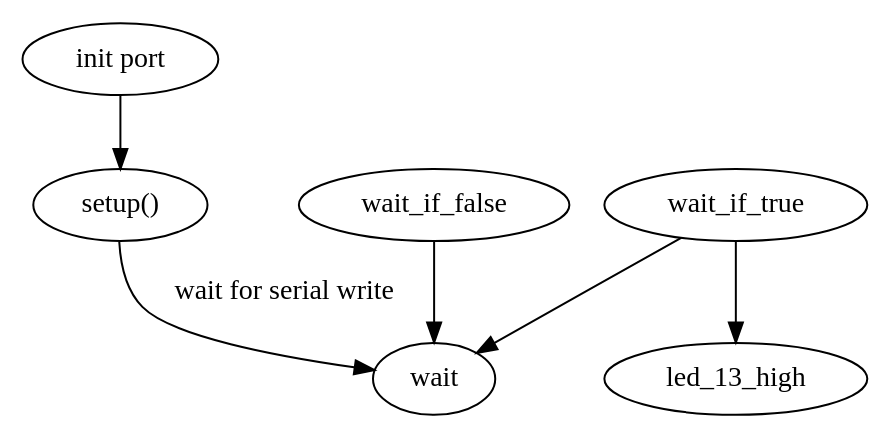
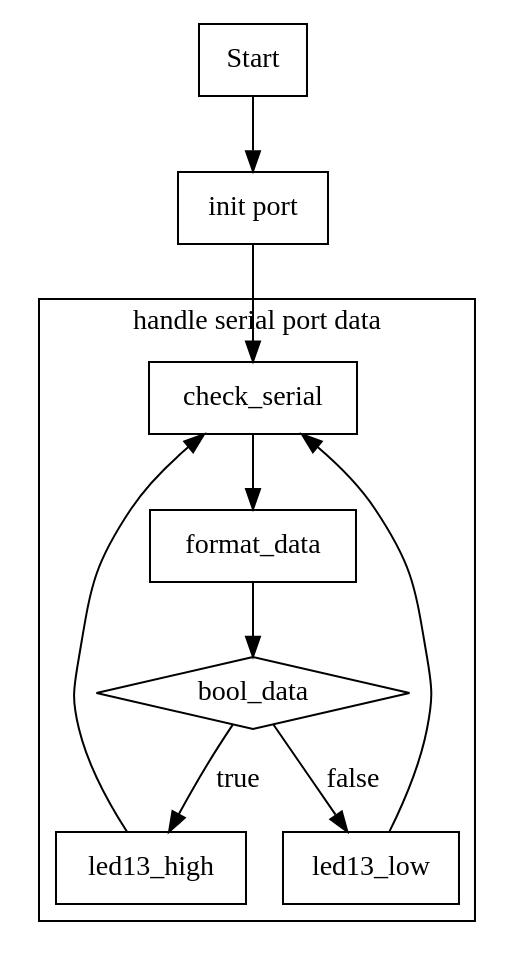
One commit to phodal/thesis changed the diagram in dot/arduino.dot. Above: the diagram before and after it, drawn with Graphviz. The commit also changed 4 other files, not shown here.

```diff
--- a/dot/arduino.dot
+++ b/dot/arduino.dot
@@ -1,8 +1,16 @@
 digraph G{
-        init[label="init port"];
-        init->"setup()";
-        "setup()"->wait[label="wait for serial write"];
-        wait_if_true->wait;
-        wait_if_false->wait;
-        wait_if_true->led_13_high;
+  node[shape=record];
+  Start->"init port";
+  "init port"->check_serial;
+  subgraph cluster{
+    label="handle serial port data";
+    check_serial->format_data;
+    format_data->bool_data;
+    bool_data->led13_high[label="true"];
+    bool_data->led13_low[label="false"];
+    led13_high->check_serial;
+    led13_low->check_serial;
+    bool_data [shape=diamond];
+  }
+
 }
```
